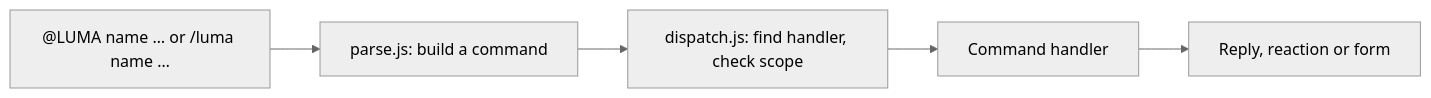
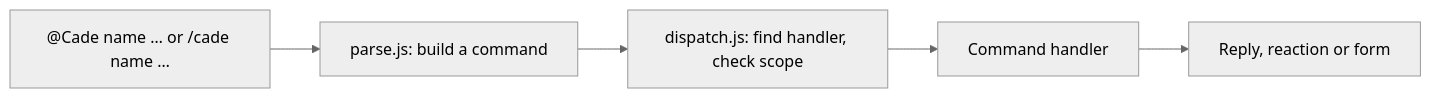
One commit to Aura300/Cade changed the diagram in README.md. Above: the diagram before and after it, drawn with Mermaid (neutral theme). The commit also changed other lines of this file and 31 other files, not shown here.

````diff
--- a/README.md
+++ b/README.md
@@ -61,10 +62,10 @@
 ```mermaid
 flowchart LR
-    Message["@LUMA name … or /luma name …"]
+    Message["@Cade name … or /cade name …"]
     Parse[parse.js: build a command]
     Dispatch[dispatch.js: find handler, check scope]
     Handler[Command handler]
     Reply[Reply, reaction or form]
 
     Message --> Parse --> Dispatch --> Handler --> Reply
 ```
````
